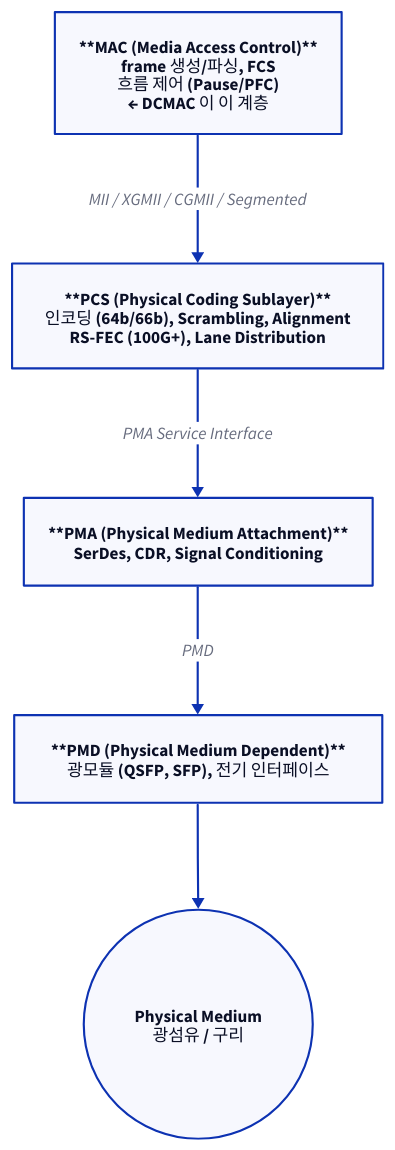
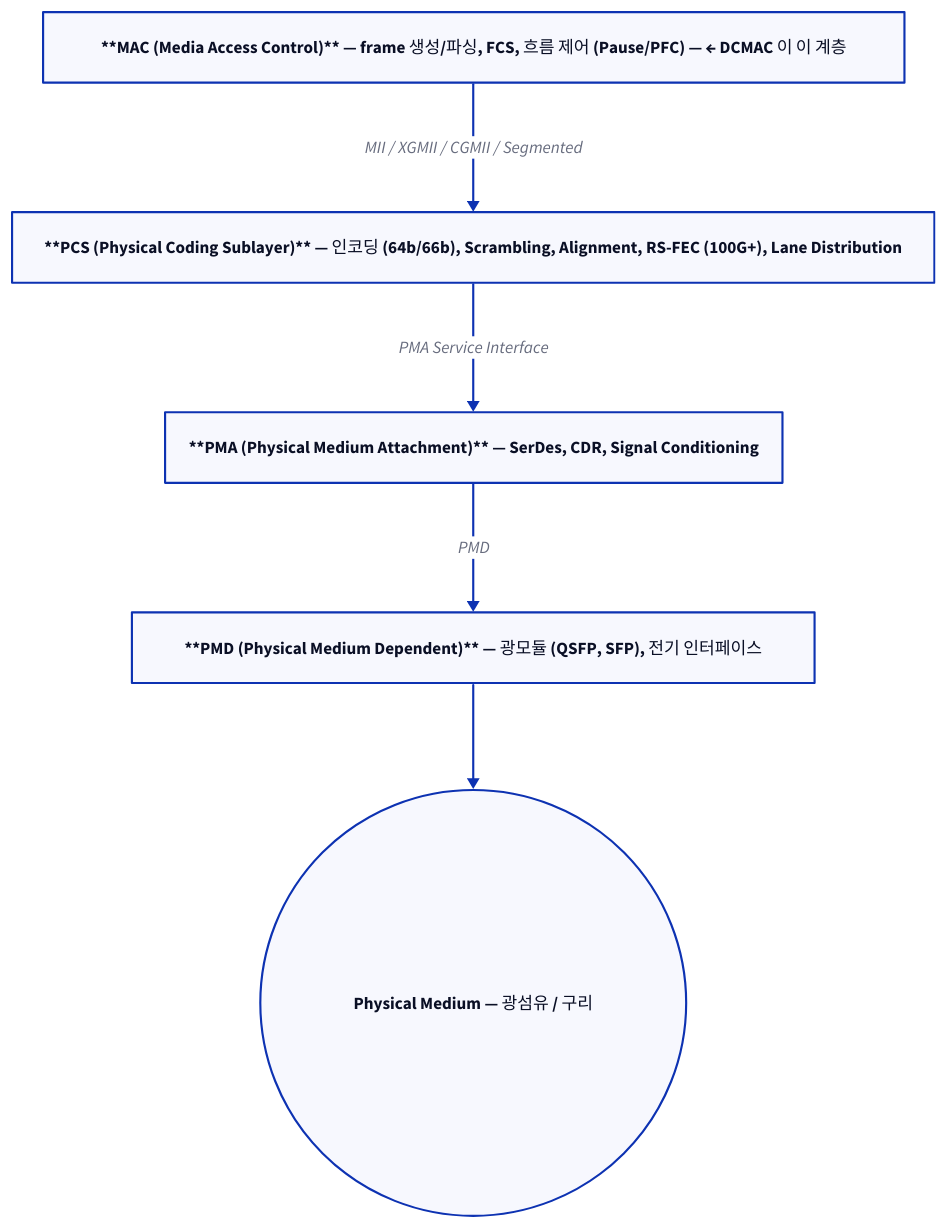
Before and after one commit to humbleowl39/DV_SKOOL: the third of 4 diagrams in topics/ethernet_dcmac/docs/01_ethernet_fundamentals.md, drawn with D2. The commit also changed other lines of this file and 90 other files, not shown here.

First line of the commit message:
docs: 전 토픽 다이어그램 정비 — ASCII→D2, mermaid→D2, 과대 D2 가시성 수정

````diff
--- a/topics/ethernet_dcmac/docs/01_ethernet_fundamentals.md
+++ b/topics/ethernet_dcmac/docs/01_ethernet_fundamentals.md
@@ -154,13 +154,13 @@
 ```d2
 direction: down
 
-MAC: "**MAC (Media Access Control)**\nframe 생성/파싱, FCS\n흐름 제어 (Pause/PFC)\n← DCMAC 이 이 계층"
-PCS: "**PCS (Physical Coding Sublayer)**\n인코딩 (64b/66b), Scrambling, Alignment\nRS-FEC (100G+), Lane Distribution"
-PMA: "**PMA (Physical Medium Attachment)**\nSerDes, CDR, Signal Conditioning"
-PMD: "**PMD (Physical Medium Dependent)**\n광모듈 (QSFP, SFP), 전기 인터페이스"
-MED: "Physical Medium\n광섬유 / 구리" { shape: circle }
+MAC: "**MAC (Media Access Control)** — frame 생성/파싱, FCS, 흐름 제어 (Pause/PFC) — ← DCMAC 이 이 계층"
+PCS: "**PCS (Physical Coding Sublayer)** — 인코딩 (64b/66b), Scrambling, Alignment, RS-FEC (100G+), Lane Distribution"
+PMA: "**PMA (Physical Medium Attachment)** — SerDes, CDR, Signal Conditioning"
+PMD: "**PMD (Physical Medium Dependent)** — 광모듈 (QSFP, SFP), 전기 인터페이스"
+MED: "Physical Medium — 광섬유 / 구리" { shape: circle }
 MAC -> PCS: "MII / XGMII / CGMII / Segmented"
 PCS -> PMA: "PMA Service Interface"
 PMA -> PMD: "PMD"
 PMD -> MED
 ```
````
